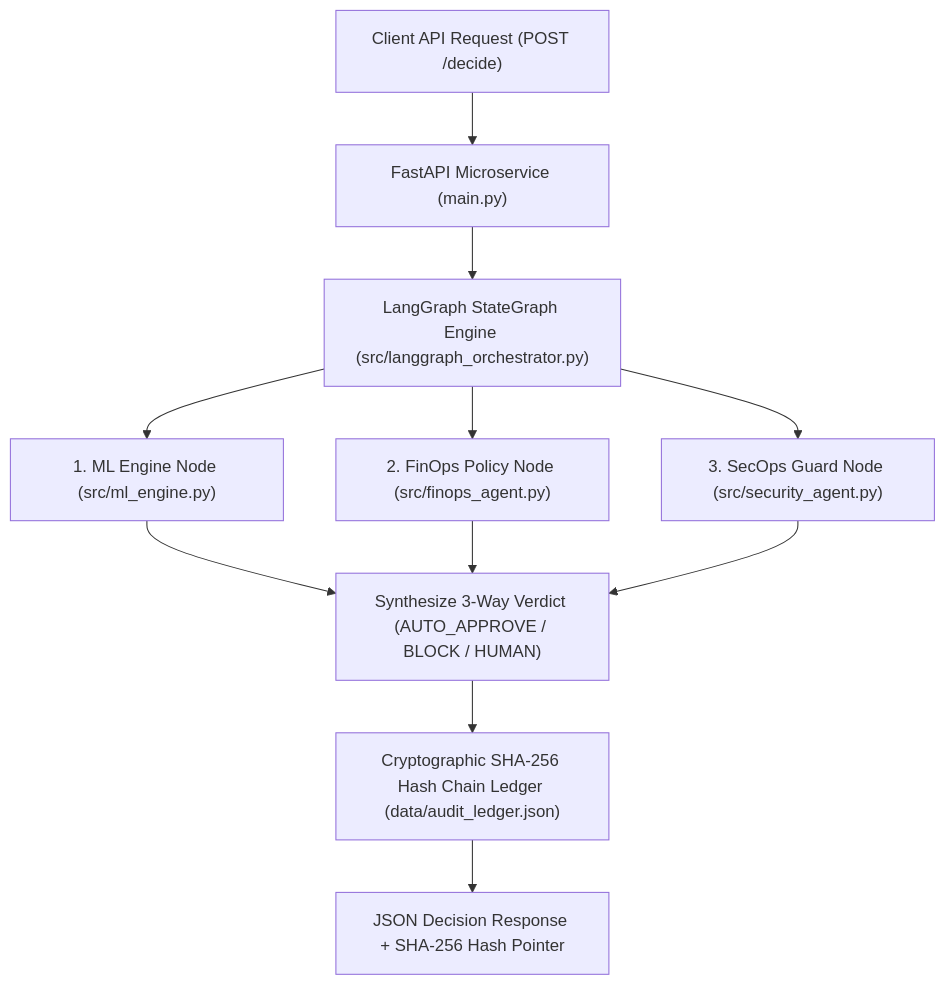
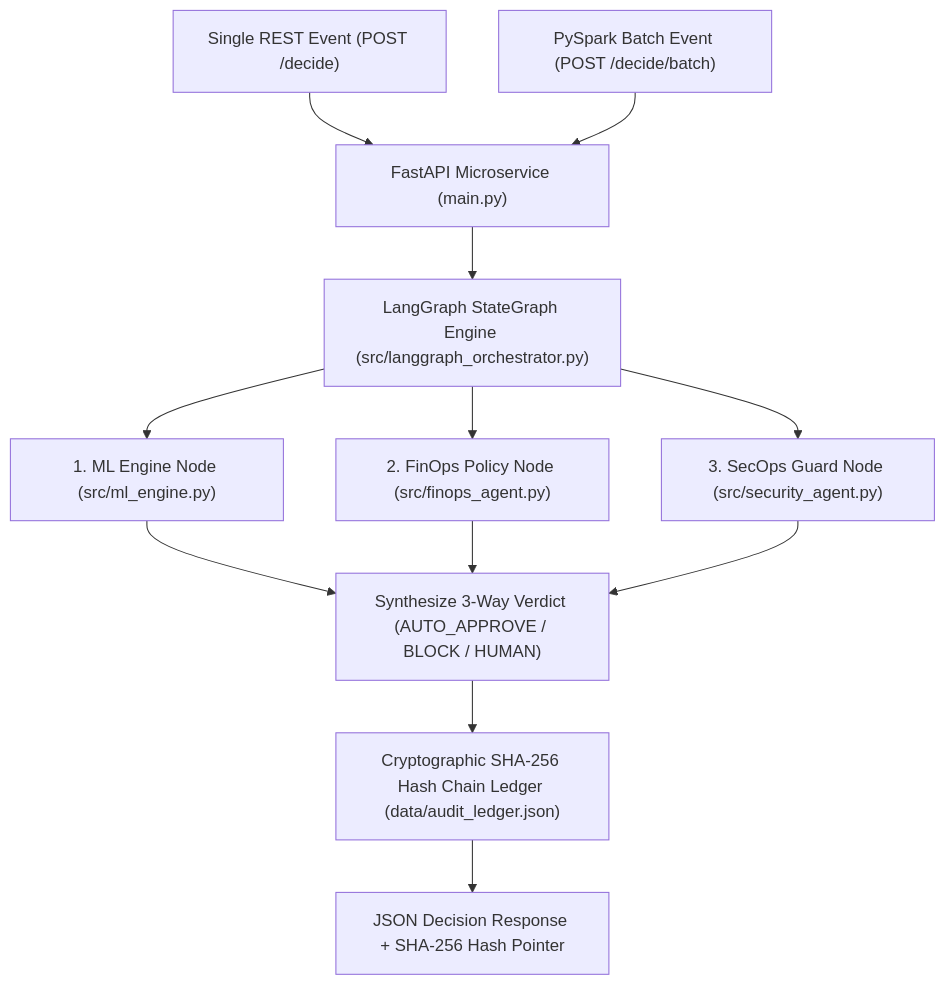
Before and after one commit to PriyankaHichkad/FinOps-Security-Agent: the first of 2 diagrams in docs/DeveloperGuide.md, drawn with Mermaid. The commit also changed 3 other files, not shown here.

Commit message:
Update architecture

````diff
--- a/docs/DeveloperGuide.md
+++ b/docs/DeveloperGuide.md
@@ -28,13 +28,14 @@
 ```mermaid
 graph TD
-    A["Client API Request (POST /decide)"] --> B["FastAPI Microservice (main.py)"]
+    A1["Single REST Event (POST /decide)"] --> B["FastAPI Microservice (main.py)"]
+    A2["PySpark Batch Event (POST /decide/batch)"] --> B
     B --> C["LangGraph StateGraph Engine (src/langgraph_orchestrator.py)"]
     
     C --> D["1. ML Engine Node (src/ml_engine.py)"]
     C --> E["2. FinOps Policy Node (src/finops_agent.py)"]
     C --> F["3. SecOps Guard Node (src/security_agent.py)"]
     
     D & E & F --> G["Synthesize 3-Way Verdict (AUTO_APPROVE / BLOCK / HUMAN)"]
     G --> H["Cryptographic SHA-256 Hash Chain Ledger (data/audit_ledger.json)"]
     H --> I["JSON Decision Response + SHA-256 Hash Pointer"]
 ```
````
